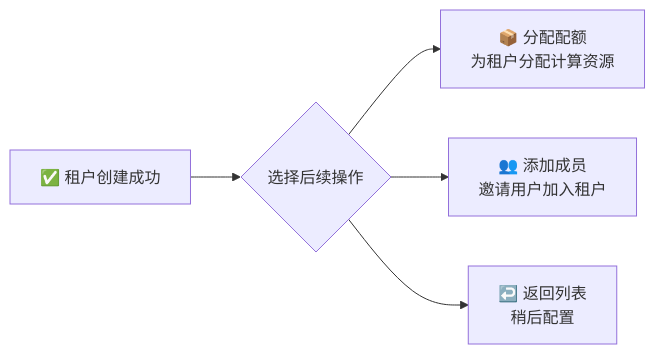
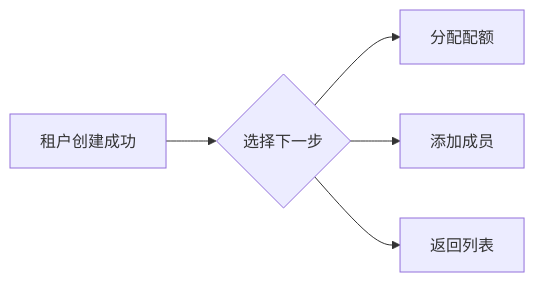
Before and after one commit to poxiaoyun/docs: the diagram in src/pages/docs/cn/20.boss/01.iam/tenants.md, drawn with Mermaid. The commit also changed other lines of this file and 463 other files, not shown here.

````diff
--- a/src/pages/docs/cn/20.boss/01.iam/tenants.md
+++ b/src/pages/docs/cn/20.boss/01.iam/tenants.md
@@ -88,7 +66,7 @@
 ```mermaid
 flowchart LR
-    A["✅ 租户创建成功"] --> B{"选择后续操作"}
-    B --> C["📦 分配配额<br/>为租户分配计算资源"]
-    B --> D["👥 添加成员<br/>邀请用户加入租户"]
-    B --> E["↩️ 返回列表<br/>稍后配置"]
+    A["租户创建成功"] --> B{"选择下一步"}
+    B --> C["分配配额"]
+    B --> D["添加成员"]
+    B --> E["返回列表"]
 ```
````
